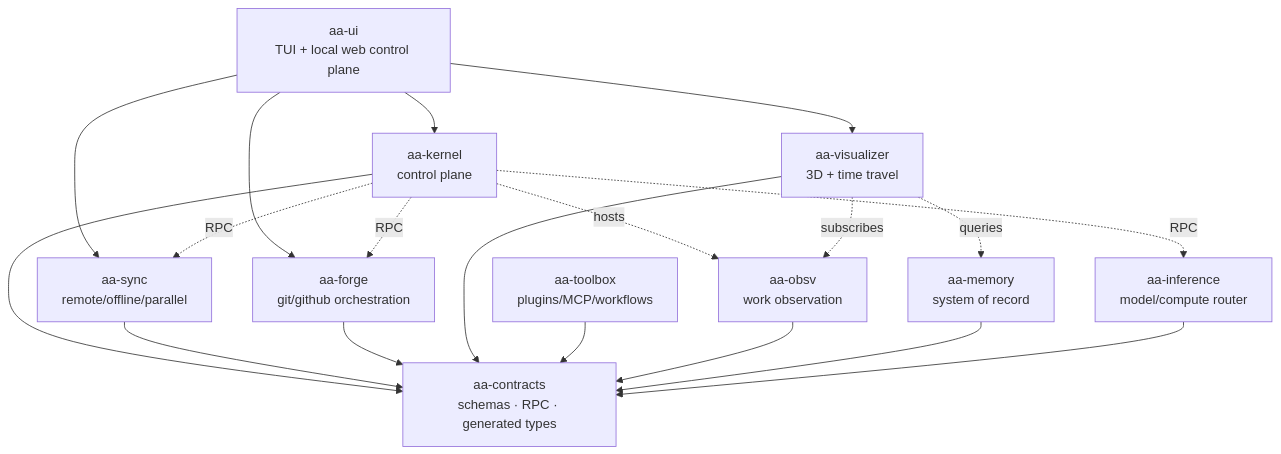
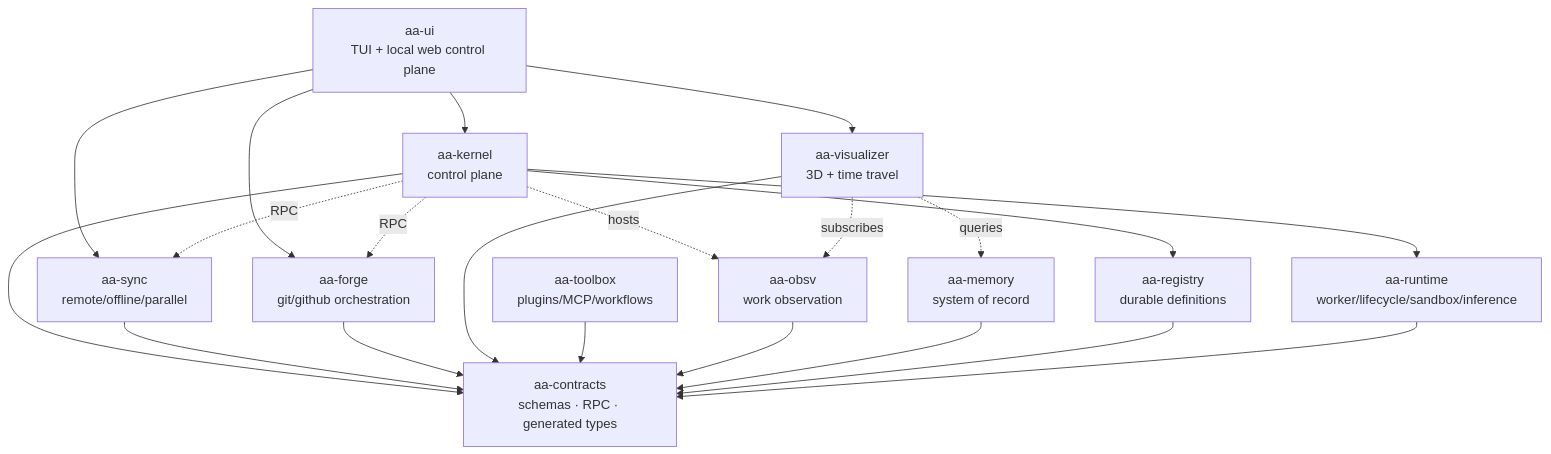
The first of 6 diagrams in docs/architecture/README.md (greadee/aa), drawn with Mermaid before and after one commit. The commit also changed other lines of this file and 1 other file, not shown here.

Commit message:
update update-phase and architecture diagrams

````diff
--- a/docs/architecture/README.md
+++ b/docs/architecture/README.md
@@ -32,32 +32,35 @@
 ```mermaid
 flowchart TB
     ui["aa-ui<br/>TUI + local web control plane"]
     kernel["aa-kernel<br/>control plane"]
     sync["aa-sync<br/>remote/offline/parallel"]
     forge["aa-forge<br/>git/github orchestration"]
     visualizer["aa-visualizer<br/>3D + time travel"]
     toolbox["aa-toolbox<br/>plugins/MCP/workflows"]
     contracts["aa-contracts<br/>schemas · RPC · generated types"]
     obsv["aa-obsv<br/>work observation"]
     memory["aa-memory<br/>system of record"]
-    inference["aa-inference<br/>model/compute router"]
+    registry["aa-registry<br/>durable definitions"]
+    runtime["aa-runtime<br/>worker/lifecycle/sandbox/inference"]
 
     ui --> kernel
     ui --> visualizer
     ui --> forge
     ui --> sync
     kernel --> contracts
     sync --> contracts
     forge --> contracts
     visualizer --> contracts
     toolbox --> contracts
     obsv --> contracts
     memory --> contracts
-    inference --> contracts
+    registry --> contracts
+    runtime --> contracts
     kernel -.hosts.-> obsv
-    kernel -.RPC.-> inference
+    kernel --> registry
+    kernel --> runtime
     kernel -.RPC.-> sync
     kernel -.RPC.-> forge
     visualizer -.subscribes.-> obsv
     visualizer -.queries.-> memory
 ```
````
